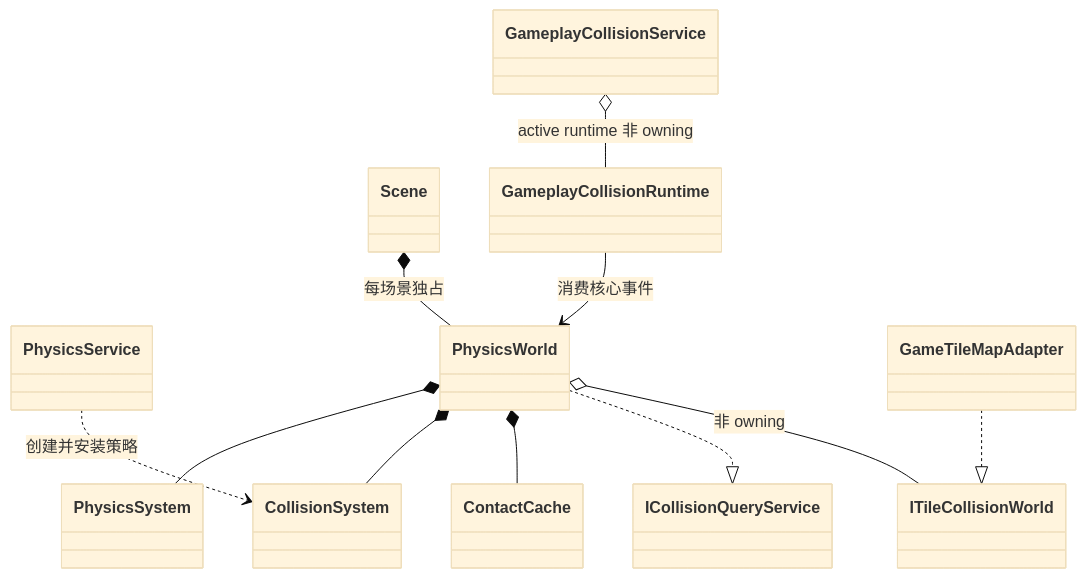
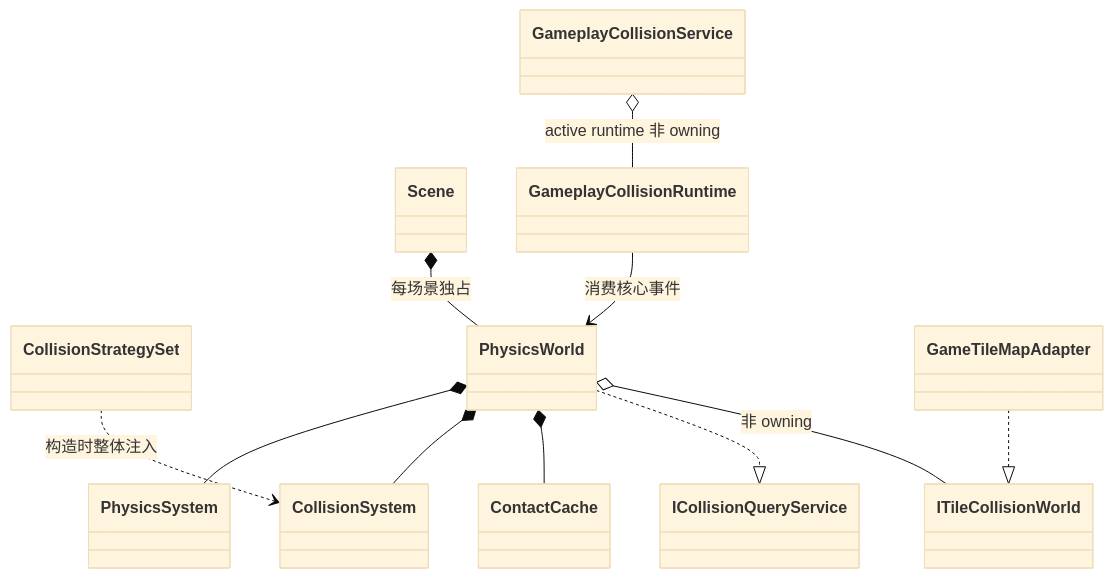
The first of 3 diagrams in docs/subsystems/physics/02-target-architecture.md (Akil0814/ElysiaEngine), drawn with Mermaid (base theme) before and after one commit. The commit also changed other lines of this file and 49 other files, not shown here.

````diff
--- a/docs/subsystems/physics/02-target-architecture.md
+++ b/docs/subsystems/physics/02-target-architecture.md
@@ -11,25 +11,25 @@
 ```mermaid
 classDiagram
     class Scene
-    class PhysicsService
+    class CollisionStrategySet
     class PhysicsWorld
     class PhysicsSystem
     class CollisionSystem
     class ContactCache
     class ITileCollisionWorld
     class ICollisionQueryService
     class GameplayCollisionRuntime
     class GameplayCollisionService
     class GameTileMapAdapter
 
     Scene *-- PhysicsWorld : 每场景独占
     PhysicsWorld *-- PhysicsSystem
     PhysicsWorld *-- CollisionSystem
     PhysicsWorld *-- ContactCache
     PhysicsWorld ..|> ICollisionQueryService
     PhysicsWorld o-- ITileCollisionWorld : 非 owning
-    PhysicsService ..> CollisionSystem : 创建并安装策略
+    CollisionStrategySet ..> CollisionSystem : 构造时整体注入
     GameTileMapAdapter ..|> ITileCollisionWorld
     GameplayCollisionRuntime --> PhysicsWorld : 消费核心事件
     GameplayCollisionService o-- GameplayCollisionRuntime : active runtime 非 owning
 ```
````
